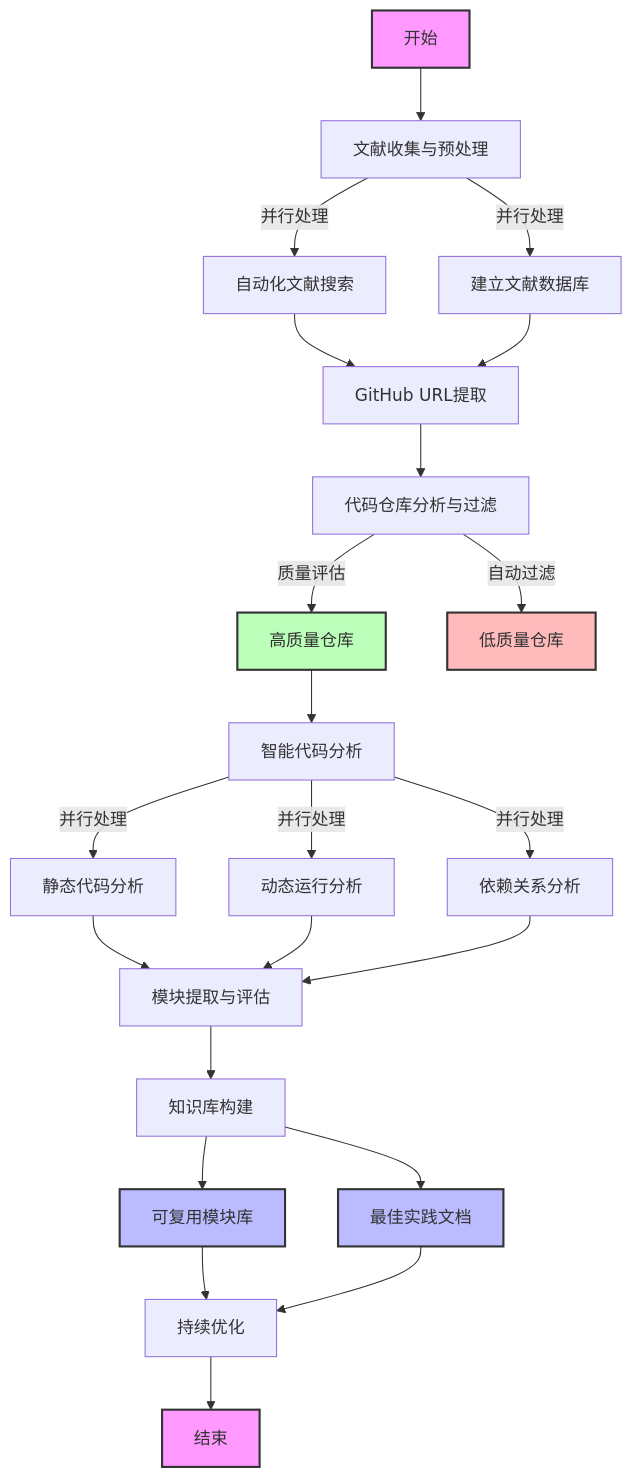
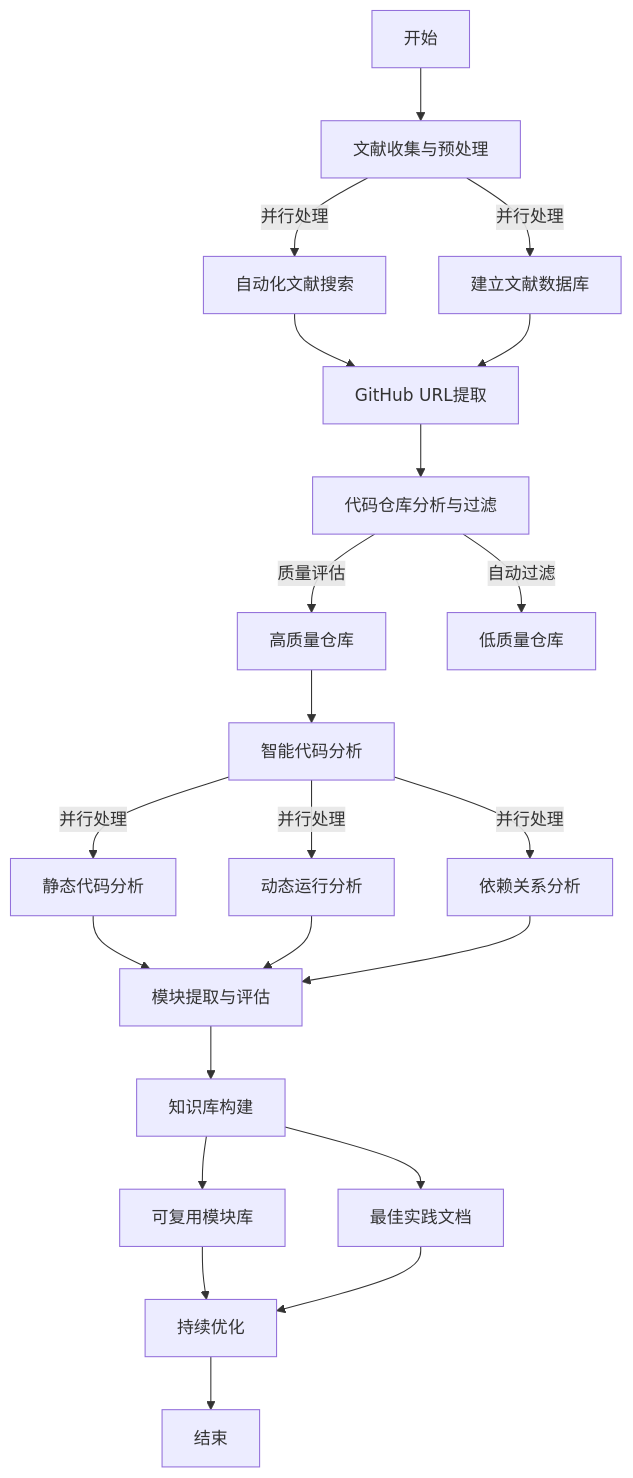
One commit to jerry609/SecuriPaperCrawler changed the first of 2 diagrams in README.md. Above: the diagram before and after it, drawn with Mermaid. The commit also changed other lines of this file, not shown here.

````diff
--- a/README.md
+++ b/README.md
@@ -44,37 +98,30 @@
 ```mermaid
 graph TD
     A[开始] --> B[文献收集与预处理]
     B --> |并行处理| C1[自动化文献搜索]
     B --> |并行处理| C2[建立文献数据库]
     
     C1 --> D[GitHub URL提取]
     C2 --> D
     
     D --> E[代码仓库分析与过滤]
     E --> |质量评估| F[高质量仓库]
     E --> |自动过滤| G[低质量仓库]
     
     F --> H[智能代码分析]
     H --> |并行处理| I1[静态代码分析]
     H --> |并行处理| I2[动态运行分析]
     H --> |并行处理| I3[依赖关系分析]
     
     I1 --> J[模块提取与评估]
     I2 --> J
     I3 --> J
     
     J --> K[知识库构建]
     K --> L[可复用模块库]
     K --> M[最佳实践文档]
     
     L --> N[持续优化]
     M --> N
     N --> O[结束]
-    
-    style A fill:#f9f,stroke:#333,stroke-width:2px
-    style O fill:#f9f,stroke:#333,stroke-width:2px
-    style F fill:#bfb,stroke:#333,stroke-width:2px
-    style G fill:#fbb,stroke:#333,stroke-width:2px
-    style L fill:#bbf,stroke:#333,stroke-width:2px
-    style M fill:#bbf,stroke:#333,stroke-width:2px
 ```
````
